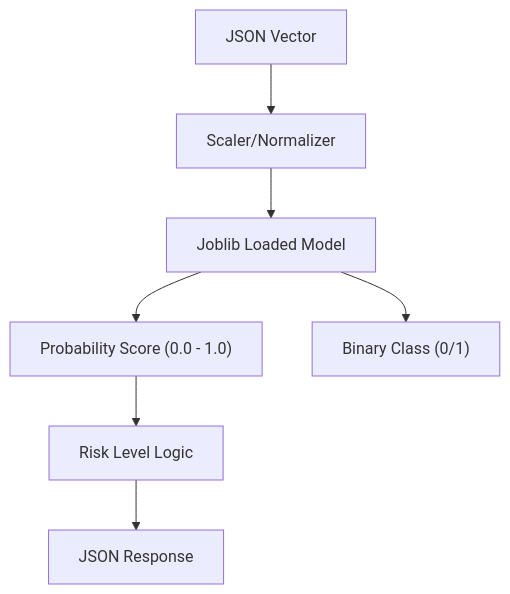
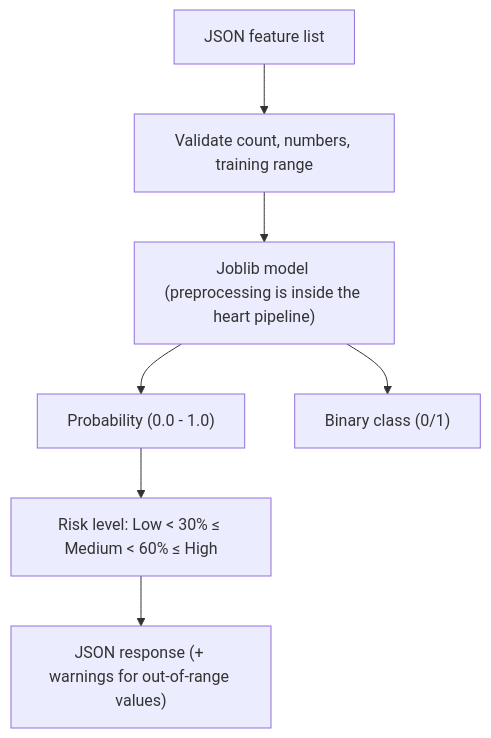
Before and after one commit to yashsrivastava1408/Aether-Clinic: the diagram in ml/Readme.md, drawn with Mermaid. The commit also changed other lines of this file and 117 other files, not shown here.

First line of the commit message:
LangGraph consult flow, Qdrant hybrid retrieval and agentic features

````diff
--- a/ml/Readme.md
+++ b/ml/Readme.md
@@ -13,9 +71,9 @@
 ```mermaid
 graph TD
-    Input["JSON Vector"] --> Preprocess["Scaler/Normalizer"]
-    Preprocess --> Model["Joblib Loaded Model"]
-    Model --> Prob["Probability Score (0.0 - 1.0)"]
-    Model --> Class["Binary Class (0/1)"]
-    Prob --> Logic["Risk Level Logic"]
-    Logic --> Output["JSON Response"]
+    Input["JSON feature list"] --> Check["Validate count, numbers, training range"]
+    Check --> Model["Joblib model (preprocessing is inside the heart pipeline)"]
+    Model --> Prob["Probability (0.0 - 1.0)"]
+    Model --> Class["Binary class (0/1)"]
+    Prob --> Logic["Risk level: Low < 30% ≤ Medium < 60% ≤ High"]
+    Logic --> Output["JSON response (+ warnings for out-of-range values)"]
 ```
````
